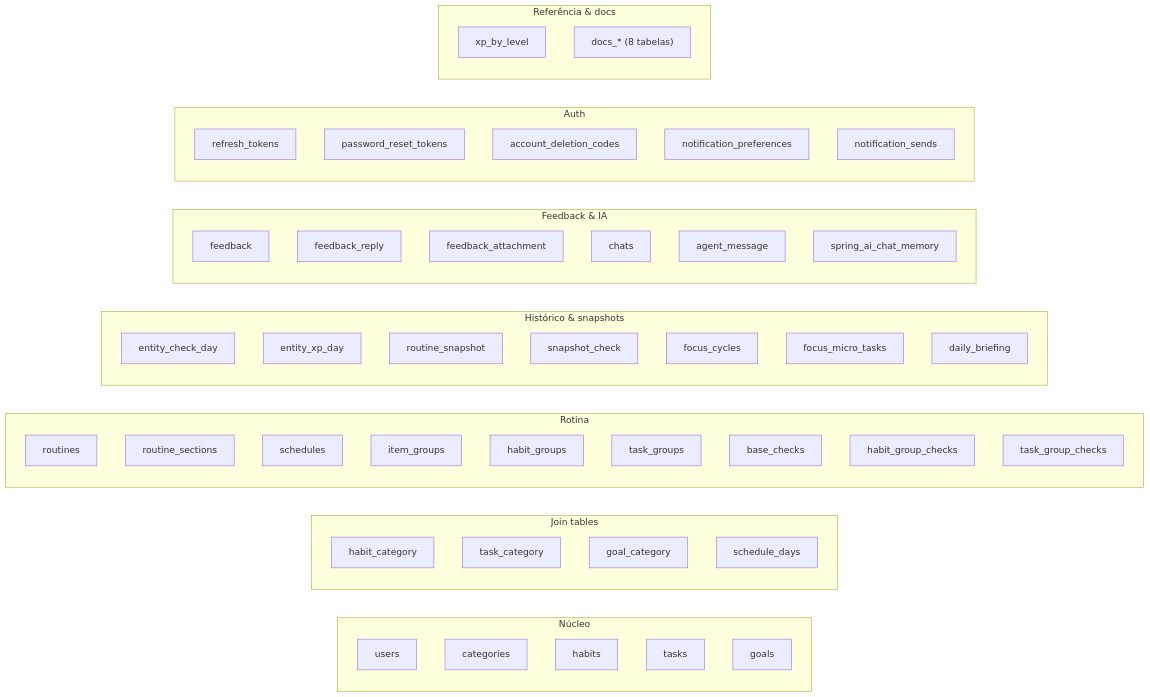
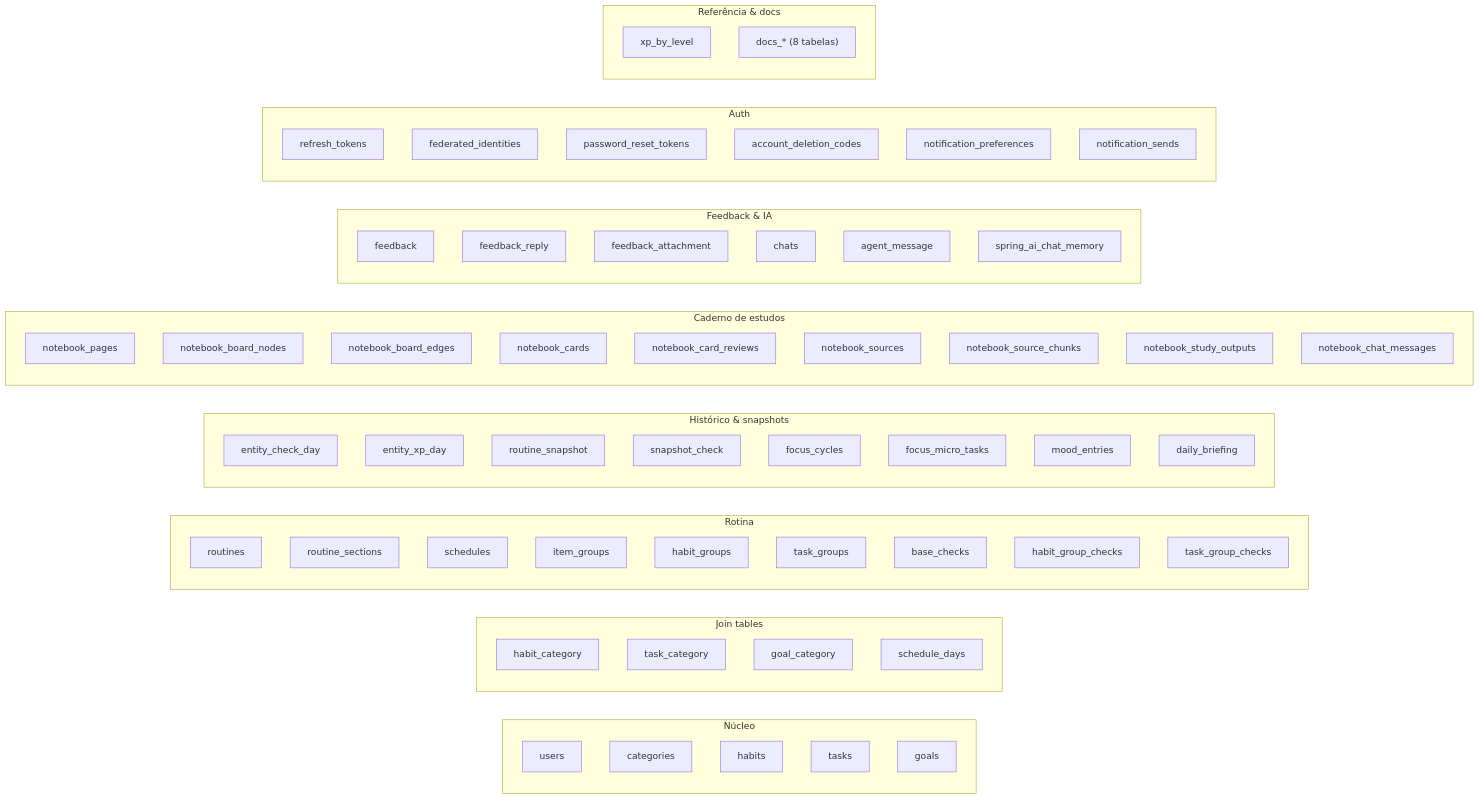
One commit to AndDev741/Beyou-arch-design changed the fifth of 5 diagrams in architecture/domain-model/pt.md. Above: the diagram before and after it, drawn with Mermaid. The commit also changed other lines of this file and 39 other files, not shown here.

````diff
--- a/architecture/domain-model/pt.md
+++ b/architecture/domain-model/pt.md
@@ -470,61 +523,75 @@
 ```mermaid
 flowchart LR
   subgraph core["Núcleo"]
     users
     categories
     habits
     tasks
     goals
   end
 
   subgraph joins["Join tables"]
     habit_category
     task_category
     goal_category
     schedule_days
   end
 
   subgraph routine["Rotina"]
     routines
     routine_sections
     schedules
     item_groups
     habit_groups
     task_groups
     base_checks
     habit_group_checks
     task_group_checks
   end
 
   subgraph history["Histórico & snapshots"]
     entity_check_day
     entity_xp_day
     routine_snapshot
     snapshot_check
     focus_cycles
     focus_micro_tasks
+    mood_entries
     daily_briefing
+  end
+
+  subgraph notebook["Caderno de estudos"]
+    notebook_pages
+    notebook_board_nodes
+    notebook_board_edges
+    notebook_cards
+    notebook_card_reviews
+    notebook_sources
+    notebook_source_chunks
+    notebook_study_outputs
+    notebook_chat_messages
   end
 
   subgraph support["Feedback & IA"]
     feedback
     feedback_reply
     feedback_attachment
     chats
     agent_message
     spring_ai_chat_memory
   end
 
   subgraph auth["Auth"]
     refresh_tokens
+    federated_identities
     password_reset_tokens
     account_deletion_codes
     notification_preferences
     notification_sends
   end
 
   subgraph system["Referência & docs"]
     xp_by_level
     docs_tables["docs_* (8 tabelas)"]
   end
 ```
````
